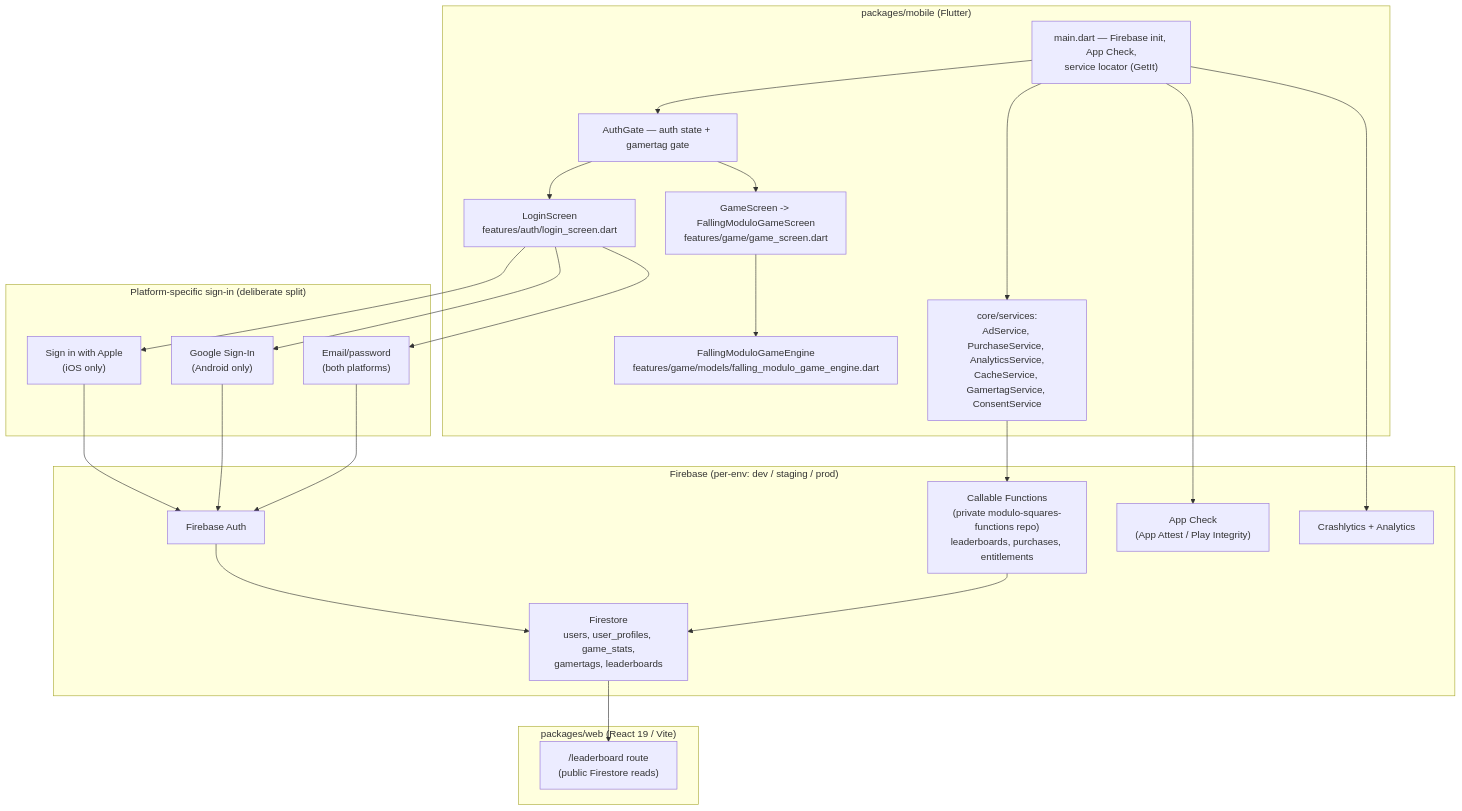
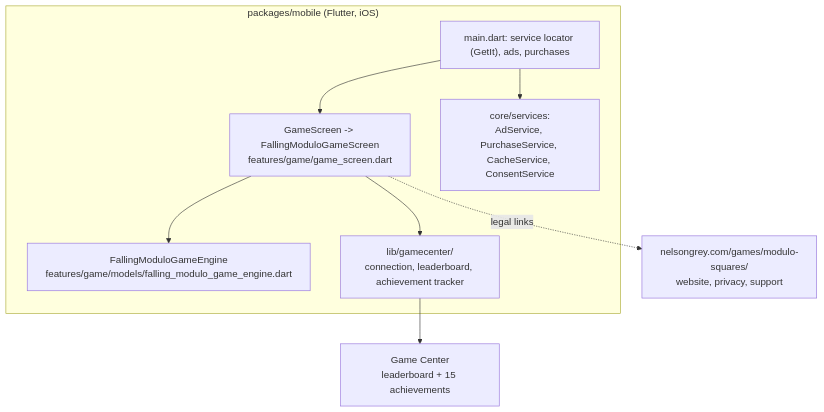
One commit to NelsonGrey/modulo-squares changed the diagram in README.md. Above: the diagram before and after it, drawn with Mermaid. The commit also changed other lines of this file and 242 other files, not shown here.

First line of the commit message:
Replace Firebase accounts and leaderboard with Game Center (iOS-only) (#514)

````diff
--- a/README.md
+++ b/README.md
@@ -28,42 +27,18 @@
 ```mermaid
 flowchart TB
-    subgraph Client["packages/mobile (Flutter)"]
-        Main["main.dart — Firebase init, App Check,\nservice locator (GetIt)"]
-        AuthGate["AuthGate — auth state + gamertag gate"]
-        Login["LoginScreen\nfeatures/auth/login_screen.dart"]
+    subgraph Client["packages/mobile (Flutter, iOS)"]
+        Main["main.dart: service locator (GetIt), ads, purchases"]
         Game["GameScreen -> FallingModuloGameScreen\nfeatures/game/game_screen.dart"]
         Engine["FallingModuloGameEngine\nfeatures/game/models/falling_modulo_game_engine.dart"]
-        Services["core/services:\nAdService, PurchaseService, AnalyticsService,\nCacheService, GamertagService, ConsentService"]
+        GC["lib/gamecenter/\nconnection, leaderboard, achievement tracker"]
+        Services["core/services:\nAdService, PurchaseService, CacheService, ConsentService"]
     end
 
-    subgraph Platform["Platform-specific sign-in (deliberate split)"]
-        AppleAuth["Sign in with Apple\n(iOS only)"]
-        GoogleAuth["Google Sign-In\n(Android only)"]
-        EmailAuth["Email/password\n(both platforms)"]
-    end
+    GameCenter["Game Center\nleaderboard + 15 achievements"]
+    Site["nelsongrey.com/games/modulo-squares/\nwebsite, privacy, support"]
 
-    subgraph Firebase["Firebase (per-env: dev / staging / prod)"]
-        FBAuth["Firebase Auth"]
-        Firestore["Firestore\nusers, user_profiles, game_stats,\ngamertags, leaderboards"]
-        Functions["Callable Functions\n(private modulo-squares-functions repo)\nleaderboards, purchases, entitlements"]
-        AppCheck["App Check\n(App Attest / Play Integrity)"]
-        Crashlytics["Crashlytics + Analytics"]
-    end
-
-    subgraph Web["packages/web (React 19 / Vite)"]
-        Leaderboard["/leaderboard route\n(public Firestore reads)"]
-    end
-
-    Main --> AuthGate --> Login
-    Login --> AppleAuth & GoogleAuth & EmailAuth
-    AppleAuth & GoogleAuth & EmailAuth --> FBAuth
-    AuthGate --> Game
-    Game --> Engine
+    Main --> Game --> Engine
+    Game --> GC --> GameCenter
     Main --> Services
-    Services --> Functions
-    Main --> AppCheck
-    Main --> Crashlytics
-    FBAuth --> Firestore
-    Firestore --> Leaderboard
-    Functions --> Firestore
+    Game -. "legal links" .-> Site
 ```
````
